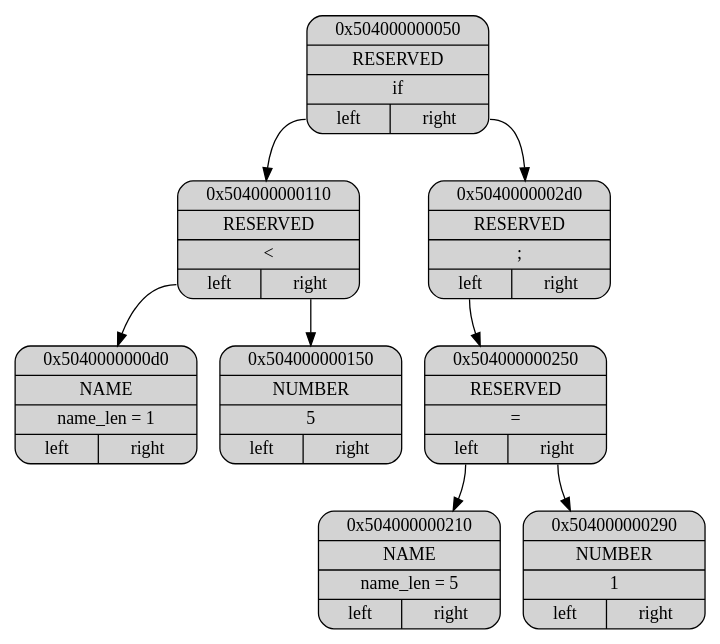
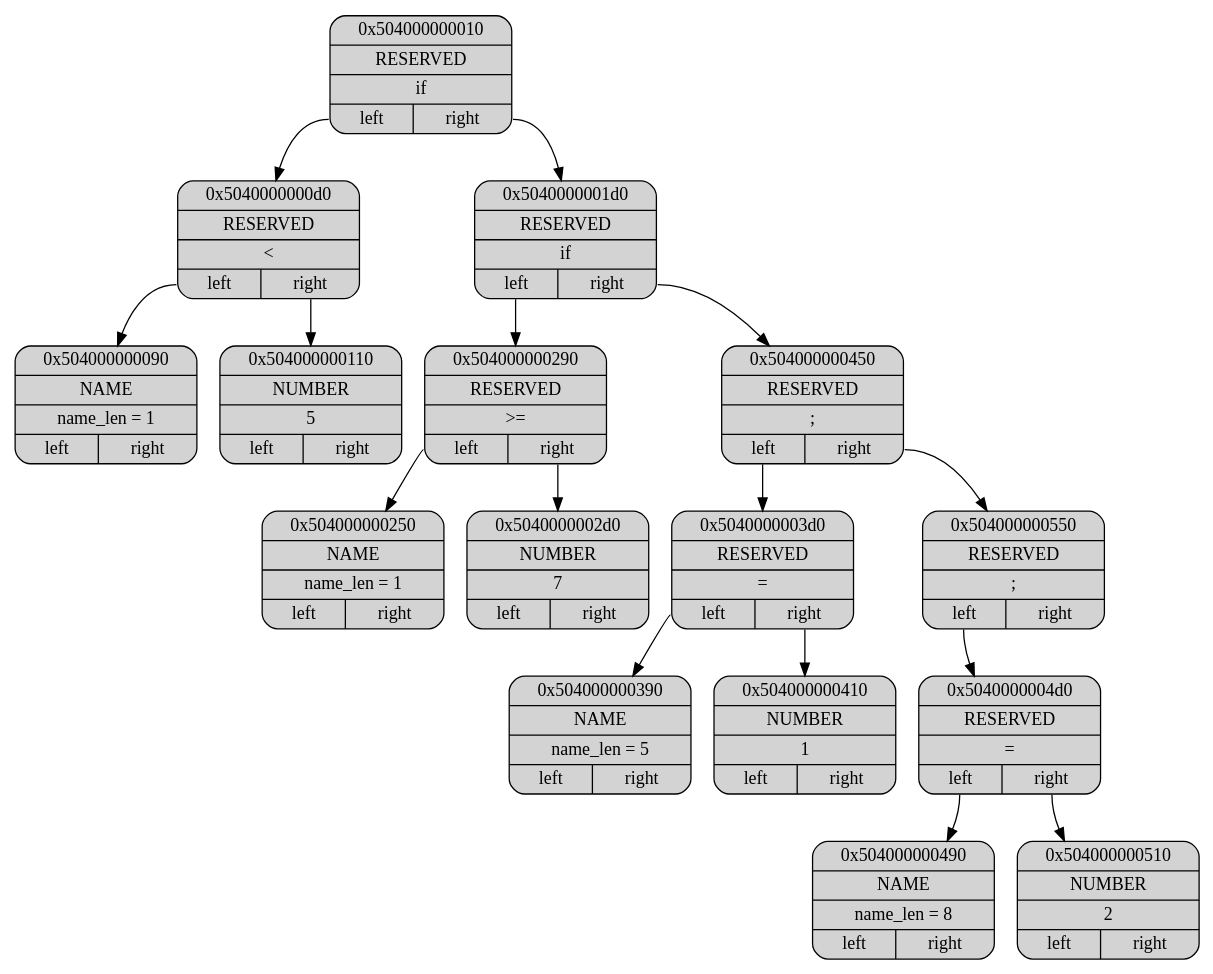
The diagram in Dump/dump.dot (ashqqy/Language), drawn with Graphviz before and after one commit. The commit also changed 3 other files, not shown here.

```diff
--- a/Dump/dump.dot
+++ b/Dump/dump.dot
@@ -1,21 +1,37 @@
 digraph G
 {
 node[shape="record", style="rounded, filled"];
 
-p0x504000000050[label = "{ <ptr> 0x504000000050 | <type> RESERVED | <data> \if | { <l>left|<r>right } }"];
-p0x504000000110[label = "{ <ptr> 0x504000000110 | <type> RESERVED | <data> \< | { <l>left|<r>right } }"];
-p0x5040000000d0[label = "{ <ptr> 0x5040000000d0 | <type> NAME | <data> name_len = 1 | { <l>left|<r>right } }"];
-p0x504000000150[label = "{ <ptr> 0x504000000150 | <type> NUMBER | <data> 5 | { <l>left|<r>right } }"];
-p0x5040000002d0[label = "{ <ptr> 0x5040000002d0 | <type> RESERVED | <data> \; | { <l>left|<r>right } }"];
-p0x504000000250[label = "{ <ptr> 0x504000000250 | <type> RESERVED | <data> \= | { <l>left|<r>right } }"];
-p0x504000000210[label = "{ <ptr> 0x504000000210 | <type> NAME | <data> name_len = 5 | { <l>left|<r>right } }"];
-p0x504000000290[label = "{ <ptr> 0x504000000290 | <type> NUMBER | <data> 1 | { <l>left|<r>right } }"];
+p0x504000000010[label = "{ <ptr> 0x504000000010 | <type> RESERVED | <data> \if | { <l>left|<r>right } }"];
+p0x5040000000d0[label = "{ <ptr> 0x5040000000d0 | <type> RESERVED | <data> \< | { <l>left|<r>right } }"];
+p0x504000000090[label = "{ <ptr> 0x504000000090 | <type> NAME | <data> name_len = 1 | { <l>left|<r>right } }"];
+p0x504000000110[label = "{ <ptr> 0x504000000110 | <type> NUMBER | <data> 5 | { <l>left|<r>right } }"];
+p0x5040000001d0[label = "{ <ptr> 0x5040000001d0 | <type> RESERVED | <data> \if | { <l>left|<r>right } }"];
+p0x504000000290[label = "{ <ptr> 0x504000000290 | <type> RESERVED | <data> \>= | { <l>left|<r>right } }"];
+p0x504000000250[label = "{ <ptr> 0x504000000250 | <type> NAME | <data> name_len = 1 | { <l>left|<r>right } }"];
+p0x5040000002d0[label = "{ <ptr> 0x5040000002d0 | <type> NUMBER | <data> 7 | { <l>left|<r>right } }"];
+p0x504000000450[label = "{ <ptr> 0x504000000450 | <type> RESERVED | <data> \; | { <l>left|<r>right } }"];
+p0x5040000003d0[label = "{ <ptr> 0x5040000003d0 | <type> RESERVED | <data> \= | { <l>left|<r>right } }"];
+p0x504000000390[label = "{ <ptr> 0x504000000390 | <type> NAME | <data> name_len = 5 | { <l>left|<r>right } }"];
+p0x504000000410[label = "{ <ptr> 0x504000000410 | <type> NUMBER | <data> 1 | { <l>left|<r>right } }"];
+p0x504000000550[label = "{ <ptr> 0x504000000550 | <type> RESERVED | <data> \; | { <l>left|<r>right } }"];
+p0x5040000004d0[label = "{ <ptr> 0x5040000004d0 | <type> RESERVED | <data> \= | { <l>left|<r>right } }"];
+p0x504000000490[label = "{ <ptr> 0x504000000490 | <type> NAME | <data> name_len = 8 | { <l>left|<r>right } }"];
+p0x504000000510[label = "{ <ptr> 0x504000000510 | <type> NUMBER | <data> 2 | { <l>left|<r>right } }"];
 
-p0x504000000050:<l> -> p0x504000000110
-p0x504000000110:<l> -> p0x5040000000d0
-p0x504000000110:<r> -> p0x504000000150
-p0x504000000050:<r> -> p0x5040000002d0
-p0x5040000002d0:<l> -> p0x504000000250
-p0x504000000250:<l> -> p0x504000000210
-p0x504000000250:<r> -> p0x504000000290
+p0x504000000010:<l> -> p0x5040000000d0
+p0x5040000000d0:<l> -> p0x504000000090
+p0x5040000000d0:<r> -> p0x504000000110
+p0x504000000010:<r> -> p0x5040000001d0
+p0x5040000001d0:<l> -> p0x504000000290
+p0x504000000290:<l> -> p0x504000000250
+p0x504000000290:<r> -> p0x5040000002d0
+p0x5040000001d0:<r> -> p0x504000000450
+p0x504000000450:<l> -> p0x5040000003d0
+p0x5040000003d0:<l> -> p0x504000000390
+p0x5040000003d0:<r> -> p0x504000000410
+p0x504000000450:<r> -> p0x504000000550
+p0x504000000550:<l> -> p0x5040000004d0
+p0x5040000004d0:<l> -> p0x504000000490
+p0x5040000004d0:<r> -> p0x504000000510
 }
```
